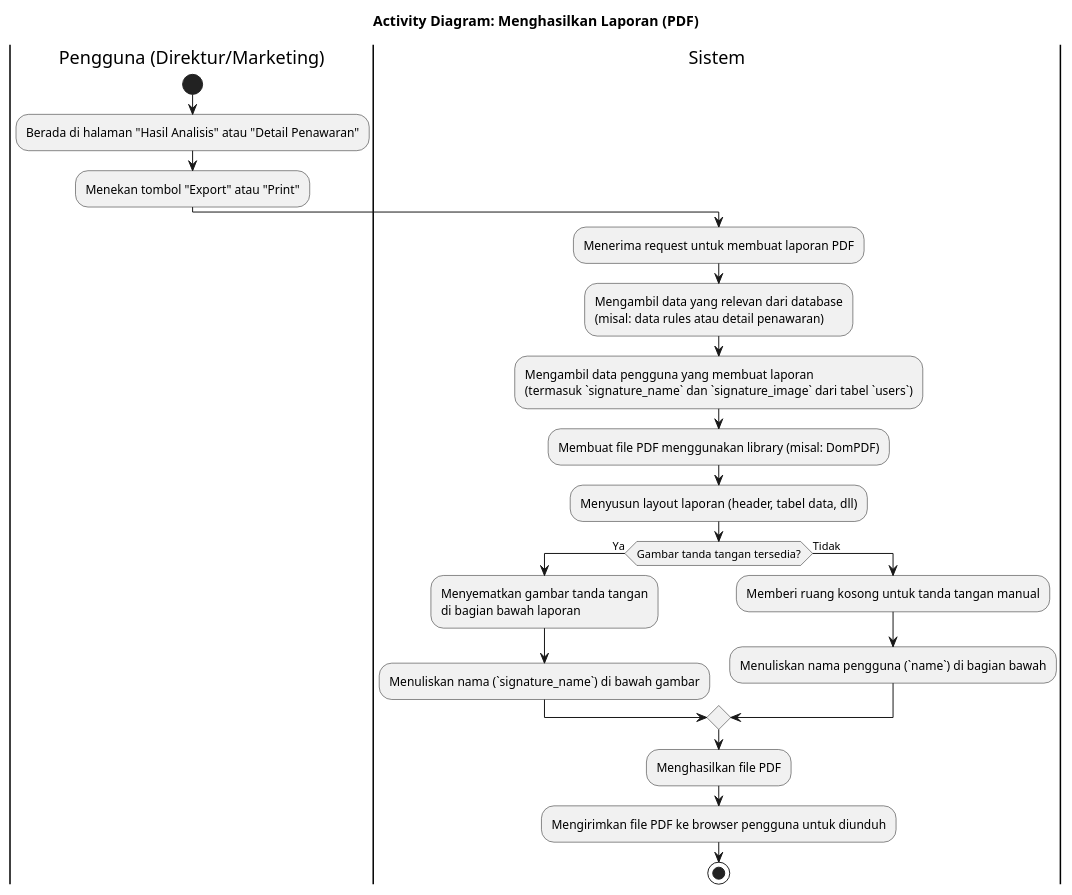
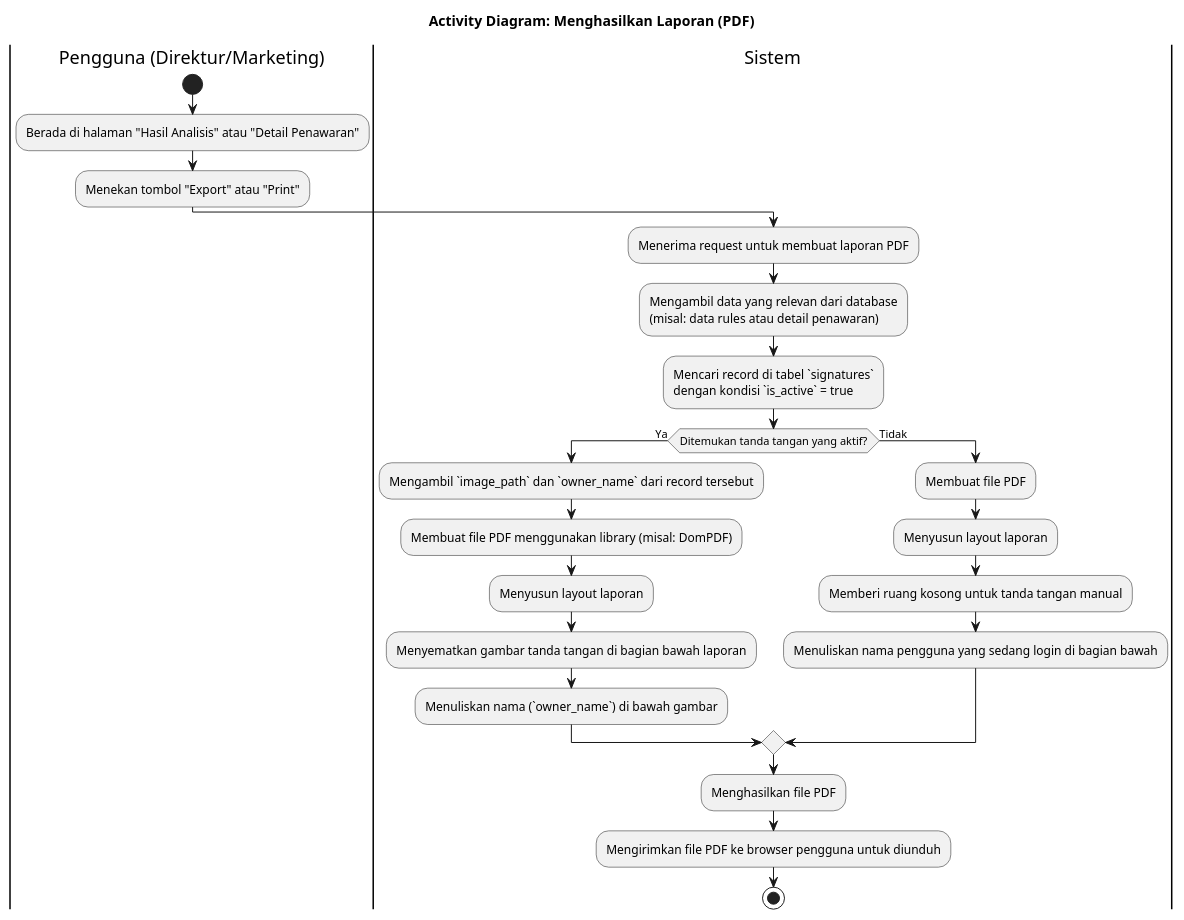
The diagram in docs/activity_generate_laporan.puml (quenzvezda/laravel-crm), drawn with PlantUML before and after one commit. The commit also changed 1 other file, not shown here.

Commit message:
docs: update signature diagram and report

```diff
--- a/docs/activity_generate_laporan.puml
+++ b/docs/activity_generate_laporan.puml
@@ -1,28 +1,31 @@
 @startuml
 title Activity Diagram: Menghasilkan Laporan (PDF)
 
 |Pengguna (Direktur/Marketing)|
 start
 :Berada di halaman "Hasil Analisis" atau "Detail Penawaran";
 :Menekan tombol "Export" atau "Print";
 
 |Sistem|
 :Menerima request untuk membuat laporan PDF;
 :Mengambil data yang relevan dari database\n(misal: data rules atau detail penawaran);
-:Mengambil data pengguna yang membuat laporan\n(termasuk `signature_name` dan `signature_image` dari tabel `users`);
-:Membuat file PDF menggunakan library (misal: DomPDF);
-:Menyusun layout laporan (header, tabel data, dll);
+:Mencari record di tabel `signatures`\ndengan kondisi `is_active` = true;
 
-if (Gambar tanda tangan tersedia?) then (Ya)
-  :Menyematkan gambar tanda tangan\ndi bagian bawah laporan;
-  :Menuliskan nama (`signature_name`) di bawah gambar;
+if (Ditemukan tanda tangan yang aktif?) then (Ya)
+  :Mengambil `image_path` dan `owner_name` dari record tersebut;
+  :Membuat file PDF menggunakan library (misal: DomPDF);
+  :Menyusun layout laporan;
+  :Menyematkan gambar tanda tangan di bagian bawah laporan;
+  :Menuliskan nama (`owner_name`) di bawah gambar;
 else (Tidak)
+  :Membuat file PDF;
+  :Menyusun layout laporan;
   :Memberi ruang kosong untuk tanda tangan manual;
-  :Menuliskan nama pengguna (`name`) di bagian bawah;
+  :Menuliskan nama pengguna yang sedang login di bagian bawah;
 endif
 
 :Menghasilkan file PDF;
 :Mengirimkan file PDF ke browser pengguna untuk diunduh;
 stop
 
 @enduml
```
